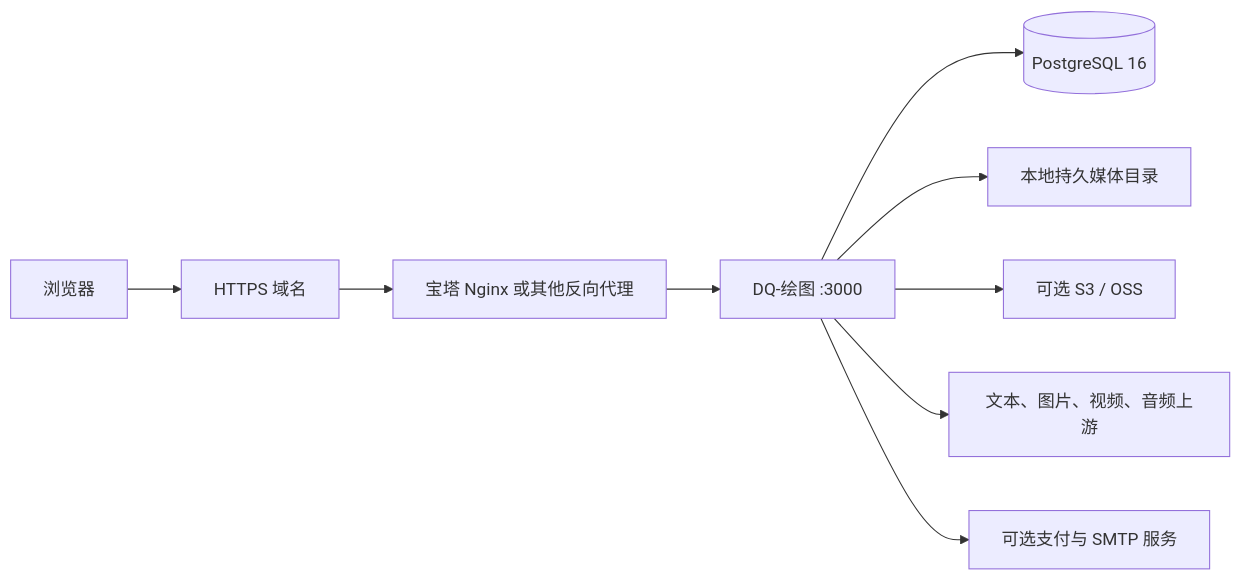
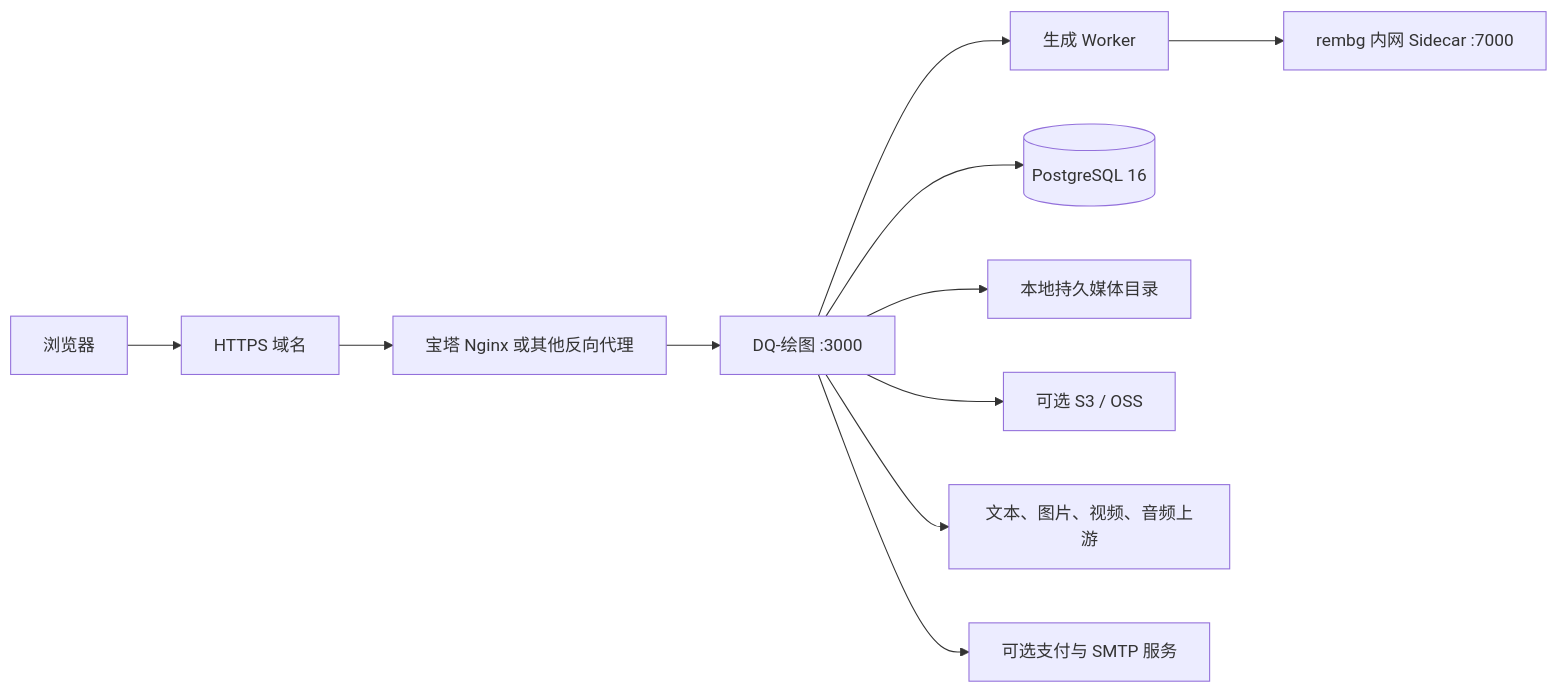
The sixth of 7 diagrams in docs/content/docs/overview/project-structure.mdx (ldq551945-del/DQ-canvas), drawn with Mermaid before and after one commit. The commit also changed other lines of this file and 254 other files, not shown here.

First line of the commit message:
feat(canvas): 智能画布 - 补齐高级图片工具与持久抠图

````diff
--- a/docs/content/docs/overview/project-structure.mdx
+++ b/docs/content/docs/overview/project-structure.mdx
@@ -191,11 +216,13 @@
 ```mermaid
 flowchart LR
     USER["浏览器"] --> HTTPS["HTTPS 域名"]
     HTTPS --> NGINX["宝塔 Nginx 或其他反向代理"]
     NGINX --> APP["DQ-绘图 :3000"]
+    APP --> WORKER["生成 Worker"]
+    WORKER --> REMBG["rembg 内网 Sidecar :7000"]
     APP --> PG[("PostgreSQL 16")]
     APP --> LOCAL["本地持久媒体目录"]
     APP --> OSS["可选 S3 / OSS"]
     APP --> AI["文本、图片、视频、音频上游"]
     APP --> PAY["可选支付与 SMTP 服务"]
 ```
````
